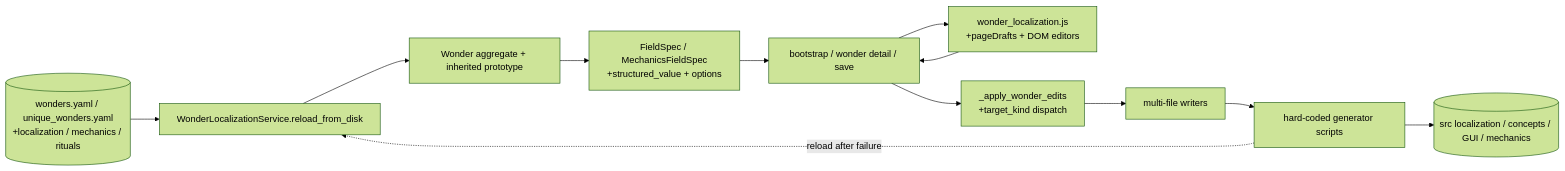
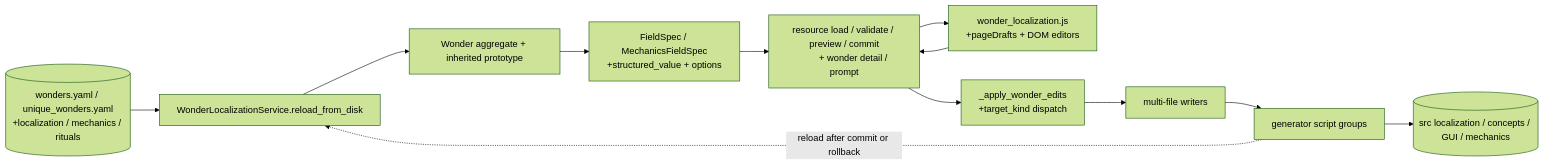
One commit to HLJSXK/eu5-towards-victory changed the second of 2 diagrams in docs/technical/Towards_Victory_Editor_Web_Assessment.md. Above: the diagram before and after it, drawn with Mermaid (forest theme). The commit also changed other lines of this file and 11 other files, not shown here.

First line of the commit message:
feat: Enhance resource management and error handling in wonder localization

````diff
--- a/docs/technical/Towards_Victory_Editor_Web_Assessment.md
+++ b/docs/technical/Towards_Victory_Editor_Web_Assessment.md
@@ -165,16 +165,17 @@
 ```mermaid
 flowchart LR
     YAML[(wonders.yaml / unique_wonders.yaml\n+localization / mechanics / rituals)]
     LOAD[WonderLocalizationService.reload_from_disk]
     AGG[Wonder aggregate + inherited prototype]
     SCHEMA[FieldSpec / MechanicsFieldSpec\n+structured_value + options]
-    API[bootstrap / wonder detail / save]
+    API[resource load / validate / preview / commit
+        + wonder detail / prompt]
     UI[wonder_localization.js\n+pageDrafts + DOM editors]
     PARSE[_apply_wonder_edits\n+target_kind dispatch]
     WRITE[multi-file writers]
-    GEN[hard-coded generator scripts]
+    GEN[generator script groups]
     OUT[(src localization / concepts / GUI / mechanics)]
     YAML --> LOAD --> AGG --> SCHEMA --> API --> UI
     UI --> API --> PARSE --> WRITE --> GEN --> OUT
-    GEN -. reload after failure .-> LOAD
+    GEN -. reload after commit or rollback .-> LOAD
 ```
````
